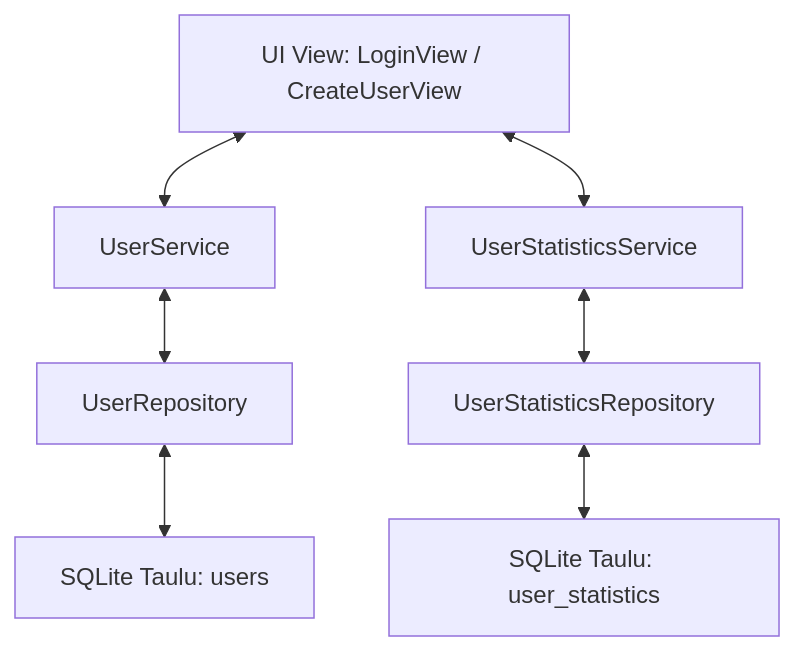
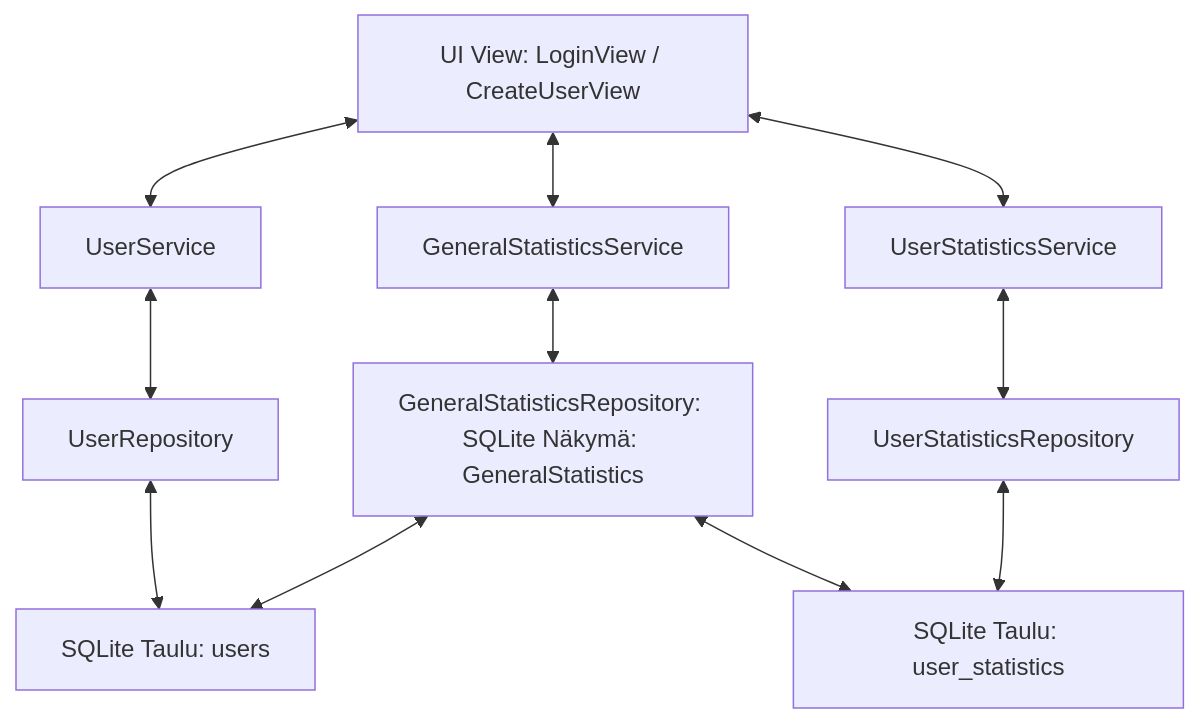
Before and after one commit to Tapir79/ot-harjoitustyo: the fifth of 13 diagrams in dokumentaatio/arkkitehtuuri.md, drawn with Mermaid.

Commit message:
Update architecture

````diff
--- a/dokumentaatio/arkkitehtuuri.md
+++ b/dokumentaatio/arkkitehtuuri.md
@@ -160,13 +160,18 @@
 ```mermaid
 flowchart TD
     UI[UI View: LoginView / CreateUserView]
 
     UI <--> US[UserService]
     UI <--> USS[UserStatisticsService]
+    UI <--> GSS[GeneralStatisticsService]
 
     US <--> UR[UserRepository]
     USS <--> USR[UserStatisticsRepository]
+    GSS <--> GSR[GeneralStatisticsRepository: SQLite Näkymä: GeneralStatistics] 
 
+    GSR <--> DB_USERS[SQLite Taulu: users]
+    
     UR <--> DB_USERS[SQLite Taulu: users]
     USR <--> DB_STATS[SQLite Taulu: user_statistics]
+    GSR <--> DB_STATS[SQLite Taulu: user_statistics]
 ```
````
